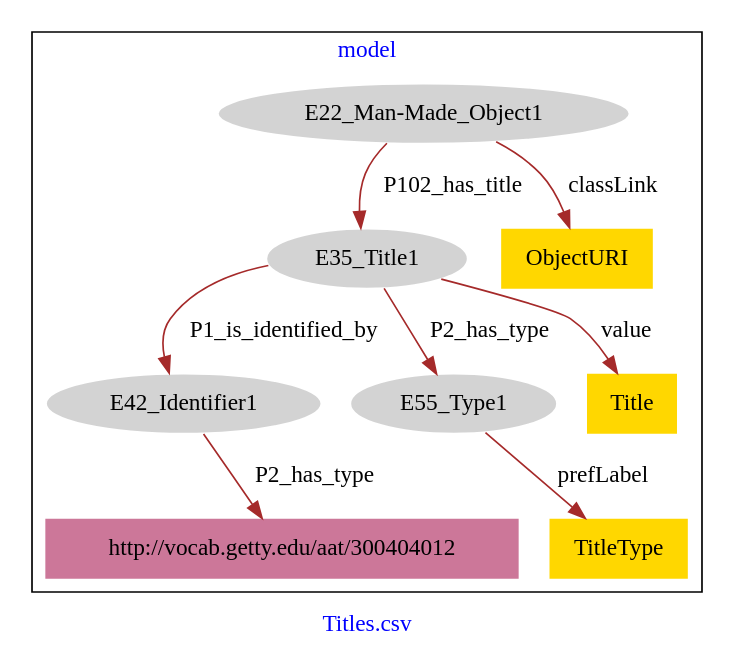
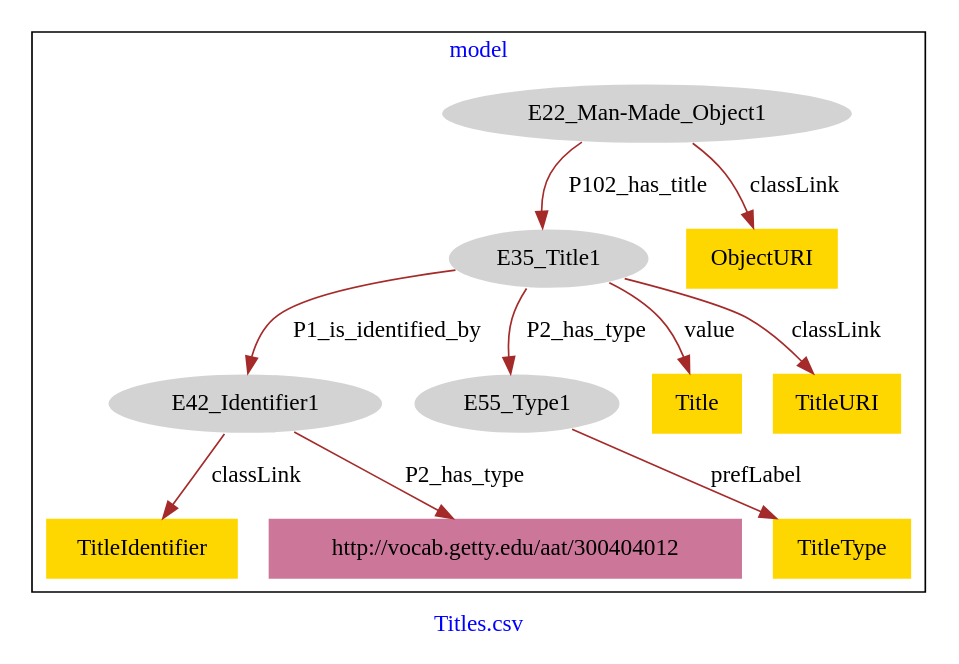
One commit to american-art/GM changed the diagram in Other_titles/Other_titles-model.dot. Above: the diagram before and after it, drawn with Graphviz.

Commit message:
Update file Other_titles-model.dot

```diff
--- a/Other_titles/Other_titles-model.dot
+++ b/Other_titles/Other_titles-model.dot
@@ -1,23 +1,27 @@
 digraph n0 {
 fontcolor="blue"
 remincross="true"
 label="Titles.csv"
 subgraph cluster {
 label="model"
 n2[style="filled",color="white",fillcolor="lightgray",label="E22_Man-Made_Object1"];
 n3[style="filled",color="white",fillcolor="lightgray",label="E35_Title1"];
 n4[style="filled",color="white",fillcolor="lightgray",label="E42_Identifier1"];
 n5[style="filled",color="white",fillcolor="lightgray",label="E55_Type1"];
 n6[shape="plaintext",style="filled",fillcolor="gold",label="Title"];
-n7[shape="plaintext",style="filled",fillcolor="gold",label="ObjectURI"];
-n8[shape="plaintext",style="filled",fillcolor="gold",label="TitleType"];
-n9[shape="plaintext",style="filled",fillcolor="#CC7799",label="http://vocab.getty.edu/aat/300404012"];
+n7[shape="plaintext",style="filled",fillcolor="gold",label="TitleIdentifier"];
+n8[shape="plaintext",style="filled",fillcolor="gold",label="TitleURI"];
+n9[shape="plaintext",style="filled",fillcolor="gold",label="TitleType"];
+n10[shape="plaintext",style="filled",fillcolor="gold",label="ObjectURI"];
+n11[shape="plaintext",style="filled",fillcolor="#CC7799",label="http://vocab.getty.edu/aat/300404012"];
 }
 n2 -> n3[color="brown",fontcolor="black",label="P102_has_title"]
 n3 -> n4[color="brown",fontcolor="black",label="P1_is_identified_by"]
 n3 -> n5[color="brown",fontcolor="black",label="P2_has_type"]
 n3 -> n6[color="brown",fontcolor="black",label="value"]
-n2 -> n7[color="brown",fontcolor="black",label="classLink"]
-n5 -> n8[color="brown",fontcolor="black",label="prefLabel"]
-n4 -> n9[color="brown",fontcolor="black",label="P2_has_type"]
+n4 -> n7[color="brown",fontcolor="black",label="classLink"]
+n3 -> n8[color="brown",fontcolor="black",label="classLink"]
+n5 -> n9[color="brown",fontcolor="black",label="prefLabel"]
+n2 -> n10[color="brown",fontcolor="black",label="classLink"]
+n4 -> n11[color="brown",fontcolor="black",label="P2_has_type"]
 }
```
